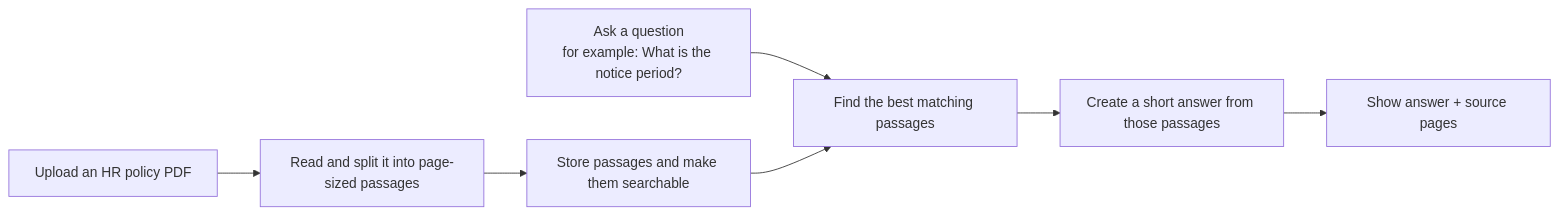
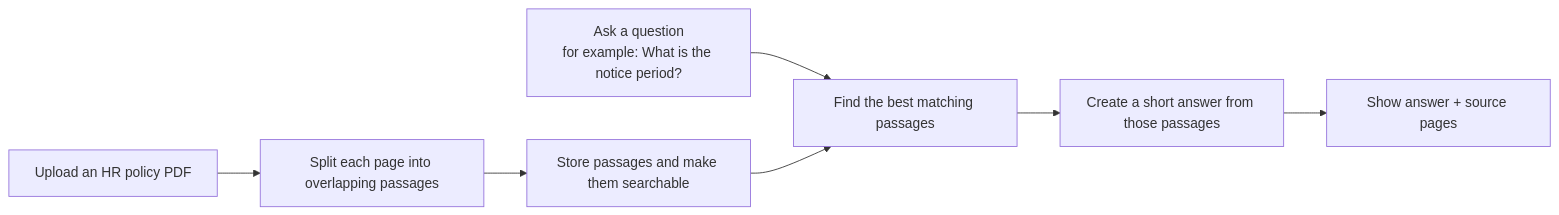
The diagram in README.md (siddhunangadi/rag-system), drawn with Mermaid before and after one commit. The commit also changed other lines of this file and 12 other files, not shown here.

````diff
--- a/README.md
+++ b/README.md
@@ -19,9 +19,9 @@
 ```mermaid
 flowchart LR
-    A[Upload an HR policy PDF] --> B[Read and split it into page-sized passages]
+    A[Upload an HR policy PDF] --> B[Split each page into overlapping passages]
     B --> C[Store passages and make them searchable]
     D[Ask a question<br/>for example: What is the notice period?] --> E[Find the best matching passages]
     C --> E
     E --> F[Create a short answer from those passages]
     F --> G[Show answer + source pages]
 ```
````
